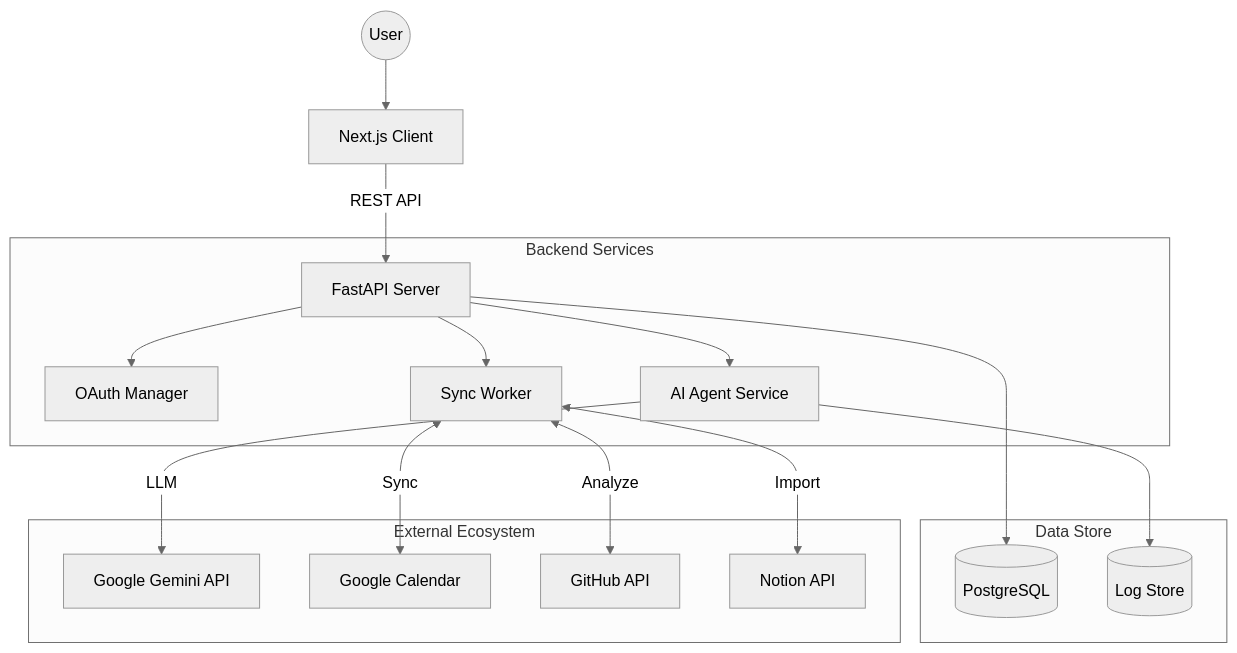
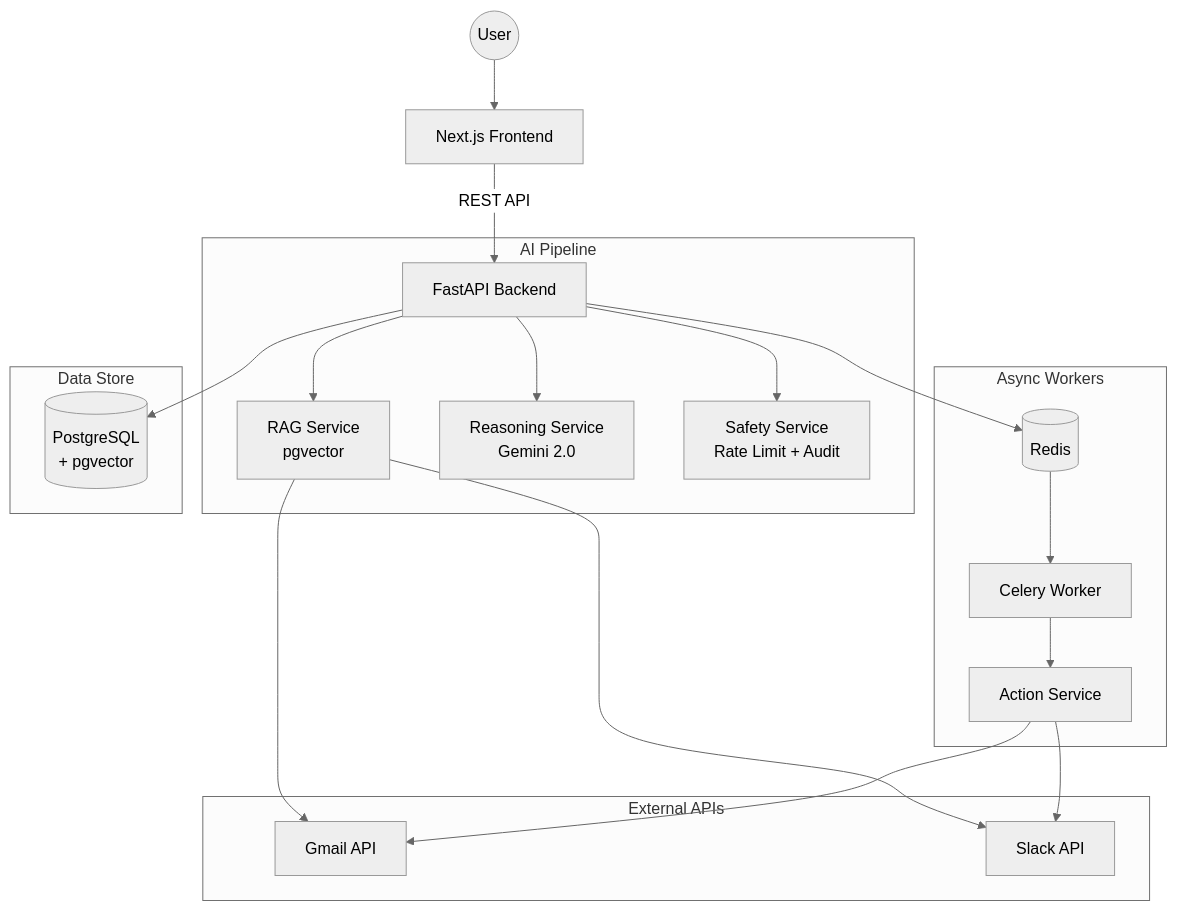
Before and after one commit to naki0227/task-manager: the diagram in README.md, drawn with Mermaid (neutral theme). The commit also changed other lines of this file and 103 other files, not shown here.

````diff
--- a/README.md
+++ b/README.md
@@ -68,23 +67,28 @@
 ```mermaid
 graph TD
-    User((User)) --> Client[Next.js Client]
-    Client -->|REST API| Server[FastAPI Server]
+    User((User)) --> Frontend[Next.js Frontend]
+    Frontend -->|REST API| Backend[FastAPI Backend]
     
-    subgraph "Backend Services"
-        Server --> Auth[OAuth Manager]
-        Server --> Agent[AI Agent Service]
-        Server --> Sync[Sync Worker]
+    subgraph "AI Pipeline"
+        Backend --> RAG[RAG Service<br/>pgvector]
+        Backend --> Reasoning[Reasoning Service<br/>Gemini 2.0]
+        Backend --> Safety[Safety Service<br/>Rate Limit + Audit]
+    end
+    
+    subgraph "Async Workers"
+        Backend --> Redis[(Redis)]
+        Redis --> Worker[Celery Worker]
+        Worker --> Actions[Action Service]
+    end
+    
+    subgraph "External APIs"
+        Actions --> Gmail[Gmail API]
+        Actions --> Slack[Slack API]
+        RAG --> Gmail
+        RAG --> Slack
     end
     
     subgraph "Data Store"
-        Server --> DB[(PostgreSQL)]
-        Agent --> VectorDB[(Log Store)]
-    end
-    
-    subgraph "External Ecosystem"
-        Agent -->|LLM| Gemini[Google Gemini API]
-        Sync <-->|Sync| GCal[Google Calendar]
-        Sync <-->|Analyze| GitHub[GitHub API]
-        Sync <-->|Import| Notion[Notion API]
+        Backend --> DB[(PostgreSQL<br/>+ pgvector)]
     end
 ```
````
